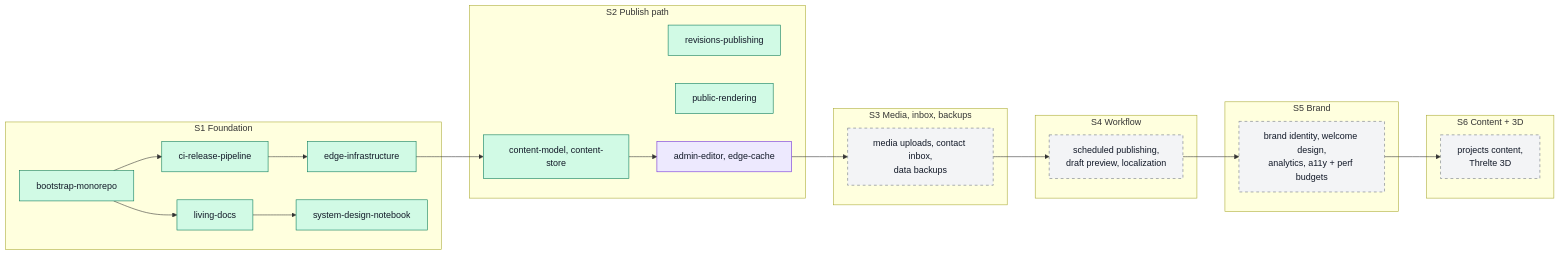
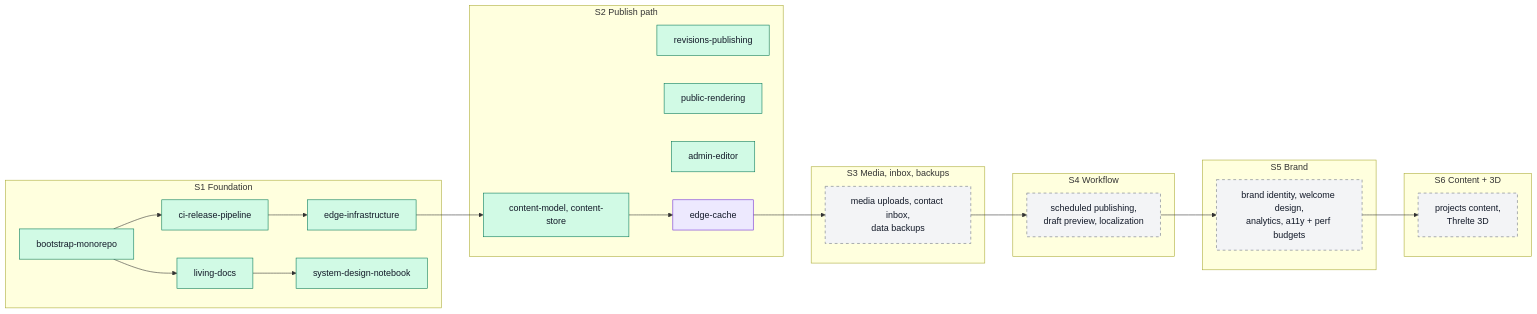
The diagram in docs/ROADMAP.md (ycmcuenca/ycmcuenca-core), drawn with Mermaid before and after one commit. The commit also changed other lines of this file and 12 other files, not shown here.

First line of the commit message:
chore(openspec): archive admin-editor

````diff
--- a/docs/ROADMAP.md
+++ b/docs/ROADMAP.md
@@ -37,38 +37,39 @@
 ```mermaid
 flowchart LR
     subgraph S1["S1 Foundation"]
         bootstrap["bootstrap-monorepo"]:::archived
         ci["ci-release-pipeline"]:::archived
         edge["edge-infrastructure"]:::archived
         docs["living-docs"]:::archived
         notebook["system-design-notebook"]:::archived
     end
     subgraph S2["S2 Publish path"]
         cm["content-model, content-store"]:::archived
         rp["revisions-publishing"]:::archived
         pr["public-rendering"]:::archived
-        s2["admin-editor, edge-cache"]:::proposed
+        ae["admin-editor"]:::archived
+        s2["edge-cache"]:::proposed
     end
     subgraph S3["S3 Media, inbox, backups"]
         s3["media uploads, contact inbox,<br/>data backups"]:::planned
     end
     subgraph S4["S4 Workflow"]
         s4["scheduled publishing,<br/>draft preview, localization"]:::planned
     end
     subgraph S5["S5 Brand"]
         s5["brand identity, welcome design,<br/>analytics, a11y + perf budgets"]:::planned
     end
     subgraph S6["S6 Content + 3D"]
         s6["projects content,<br/>Threlte 3D"]:::planned
     end
 
     bootstrap --> ci --> edge
     bootstrap --> docs --> notebook
     edge --> cm --> s2 --> s3 --> s4 --> s5 --> s6
 
     classDef archived fill:#d1fae5,stroke:#047857,color:#111827
     classDef merged fill:#dbeafe,stroke:#1d4ed8,color:#111827
     classDef inProgress fill:#fef3c7,stroke:#b45309,color:#111827
     classDef proposed fill:#ede9fe,stroke:#6d28d9,color:#111827
     classDef planned fill:#f3f4f6,stroke:#6b7280,color:#111827,stroke-dasharray:5 5
 ```
````
